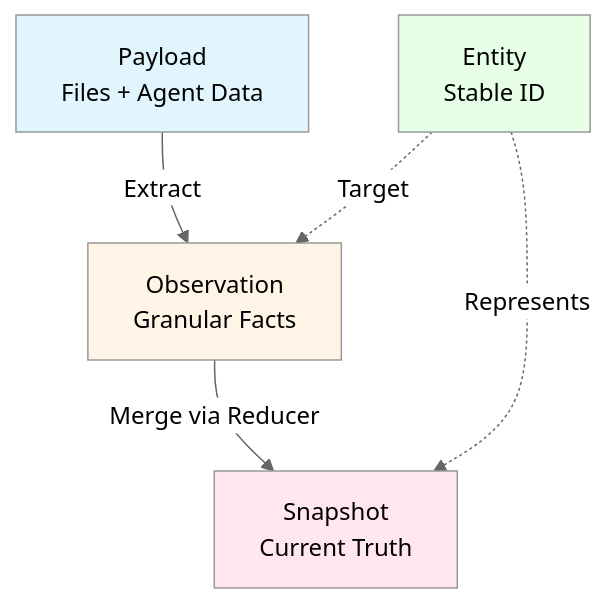
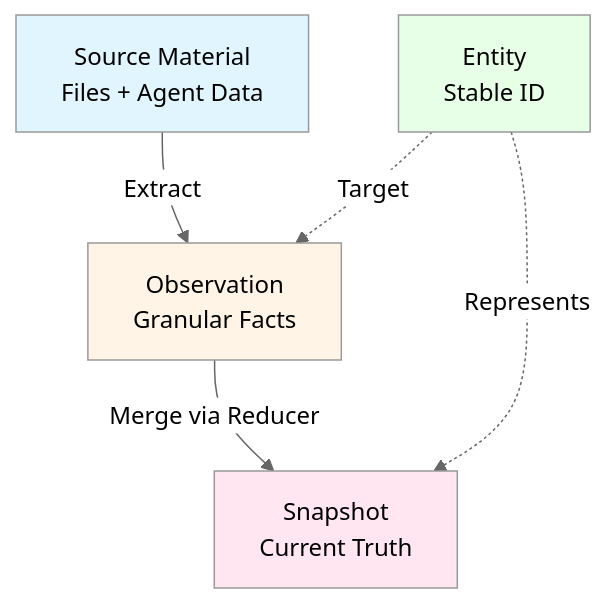
The first of 2 diagrams in docs/architecture/architectural_decisions.md (markmhendrickson/neotoma), drawn with Mermaid before and after one commit. The commit also changed other lines of this file and 2290 other files, not shown here.

````diff
--- a/docs/architecture/architectural_decisions.md
+++ b/docs/architecture/architectural_decisions.md
@@ -43,16 +57,16 @@
 ```mermaid
 %%{init: {'theme':'neutral'}}%%
 flowchart TD
-    Payload[Payload<br/>Files + Agent Data]
+    SourceMaterial[Source Material<br/>Files + Agent Data]
     Observation[Observation<br/>Granular Facts]
     Entity[Entity<br/>Stable ID]
     Snapshot[Snapshot<br/>Current Truth]
-    Payload -->|Extract| Observation
+    SourceMaterial -->|Extract| Observation
     Observation -->|Merge via Reducer| Snapshot
     Entity -.->|Target| Observation
     Entity -.->|Represents| Snapshot
-    style Payload fill:#e1f5ff
+    style SourceMaterial fill:#e1f5ff
     style Observation fill:#fff4e6
     style Entity fill:#e6ffe6
     style Snapshot fill:#ffe6f0
 ```
````
